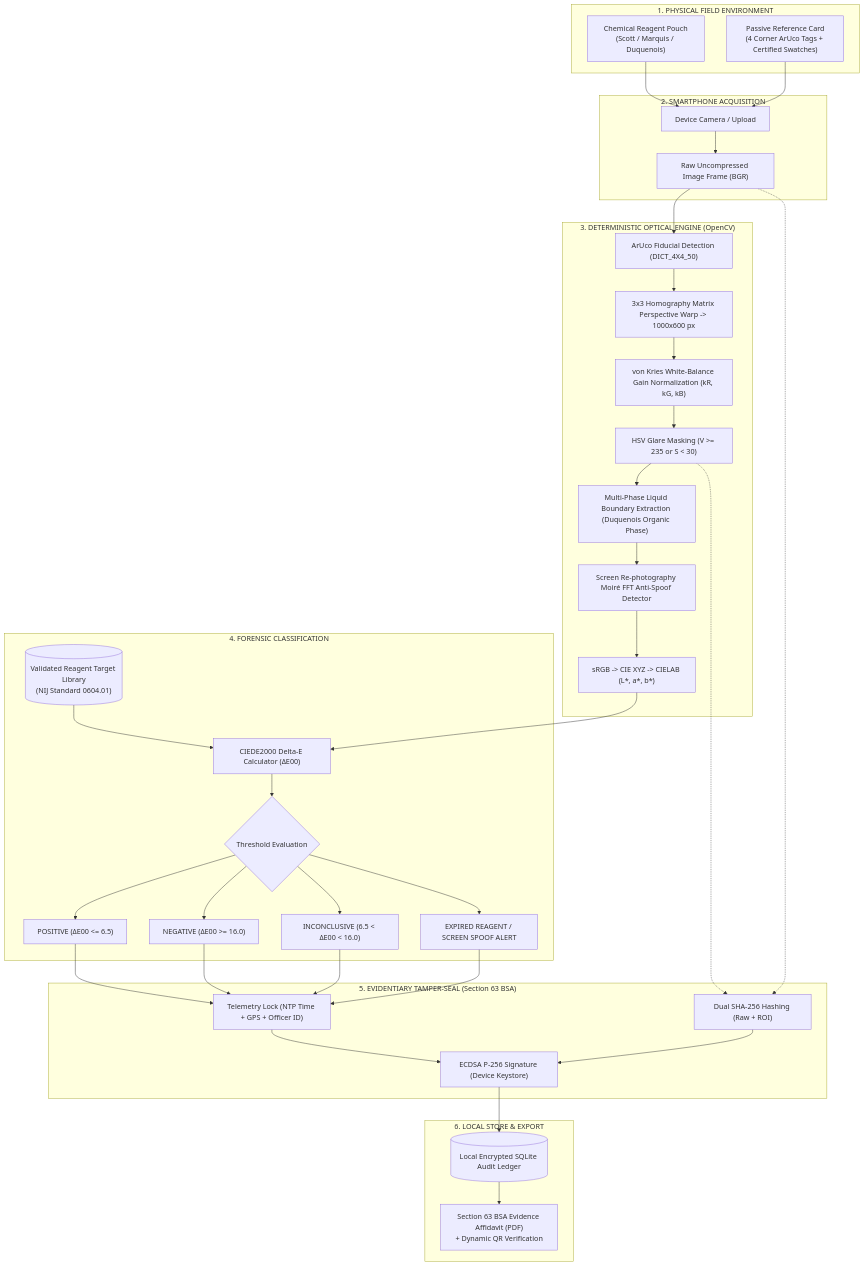
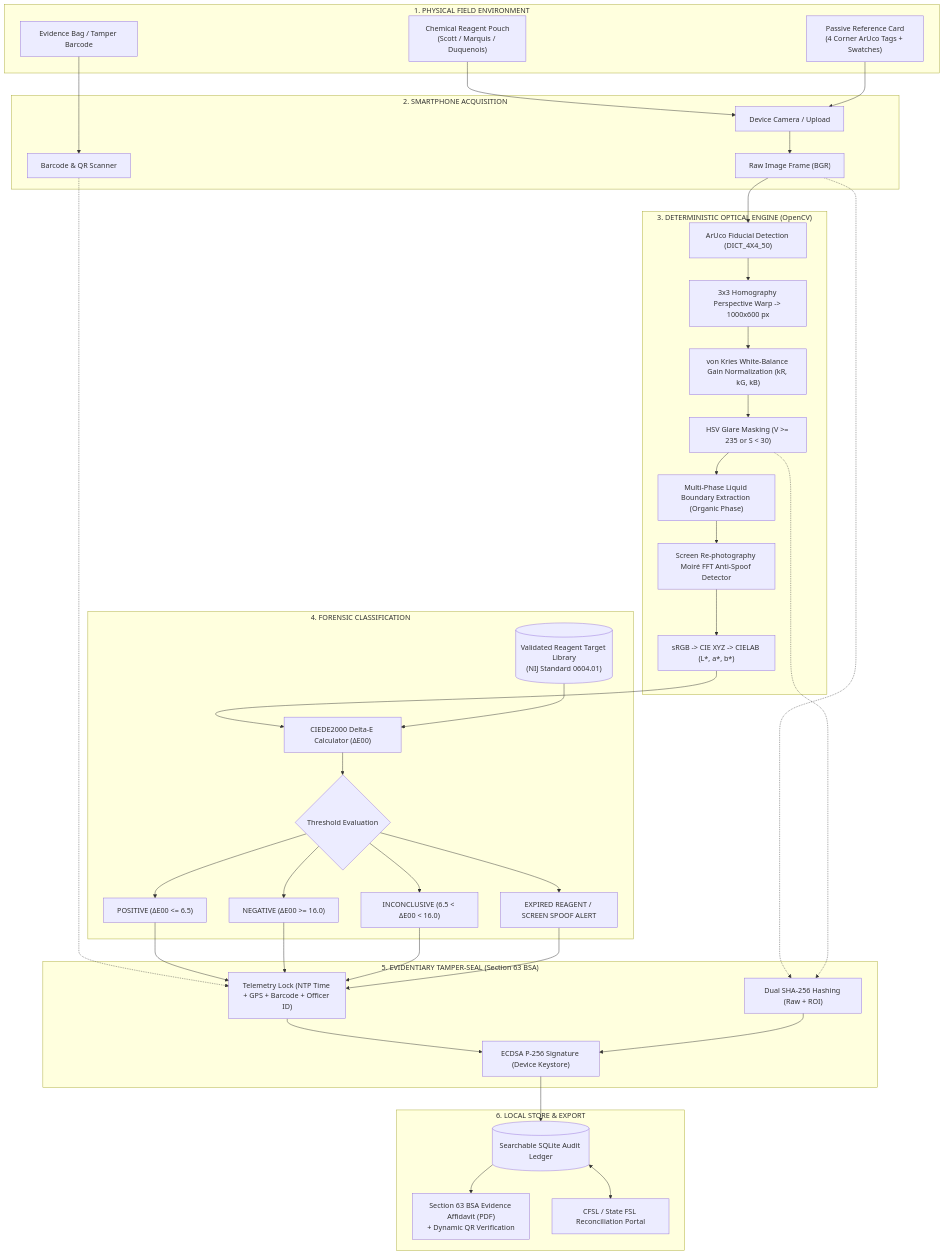
The first of 2 diagrams in README.md (ShreyaRHipparagi/FieldVerify-SIH), drawn with Mermaid before and after one commit. The commit also changed other lines of this file, not shown here.

Commit message:
docs: bring README.md 100% up to date with Satellite Zoom 16, Barcode/QR scanning, 6 tabs, and 44-test suite

````diff
--- a/README.md
+++ b/README.md
@@ -48,54 +51,60 @@
 ```mermaid
 flowchart TB
     subgraph Physical["1. PHYSICAL FIELD ENVIRONMENT"]
         P1["Chemical Reagent Pouch<br/>(Scott / Marquis / Duquenois)"]
-        P2["Passive Reference Card<br/>(4 Corner ArUco Tags + Certified Swatches)"]
+        P2["Passive Reference Card<br/>(4 Corner ArUco Tags + Swatches)"]
+        P3["Evidence Bag / Tamper Barcode"]
     end
 
     subgraph Acquisition["2. SMARTPHONE ACQUISITION"]
         C1["Device Camera / Upload"]
-        C2["Raw Uncompressed Image Frame (BGR)"]
+        C2["Raw Image Frame (BGR)"]
+        C3["Barcode & QR Scanner"]
     end
 
     subgraph OpticalEngine["3. DETERMINISTIC OPTICAL ENGINE (OpenCV)"]
         O1["ArUco Fiducial Detection (DICT_4X4_50)"]
-        O2["3x3 Homography Matrix Perspective Warp -> 1000x600 px"]
+        O2["3x3 Homography Perspective Warp -> 1000x600 px"]
         O3["von Kries White-Balance Gain Normalization (kR, kG, kB)"]
         O4["HSV Glare Masking (V >= 235 or S < 30)"]
-        O5["Multi-Phase Liquid Boundary Extraction (Duquenois Organic Phase)"]
+        O5["Multi-Phase Liquid Boundary Extraction (Organic Phase)"]
         O6["Screen Re-photography Moiré FFT Anti-Spoof Detector"]
         O7["sRGB -> CIE XYZ -> CIELAB (L*, a*, b*)"]
     end
 
     subgraph DecisionEngine["4. FORENSIC CLASSIFICATION"]
         D1[("Validated Reagent Target Library<br/>(NIJ Standard 0604.01)")]
         D2["CIEDE2000 Delta-E Calculator (ΔE00)"]
         D3{"Threshold Evaluation"}
         R1["POSITIVE (ΔE00 <= 6.5)"]
         R2["NEGATIVE (ΔE00 >= 16.0)"]
         R3["INCONCLUSIVE (6.5 < ΔE00 < 16.0)"]
         R4["EXPIRED REAGENT / SCREEN SPOOF ALERT"]
     end
 
     subgraph CryptoSeal["5. EVIDENTIARY TAMPER-SEAL (Section 63 BSA)"]
         S1["Dual SHA-256 Hashing (Raw + ROI)"]
-        S2["Telemetry Lock (NTP Time + GPS + Officer ID)"]
+        S2["Telemetry Lock (NTP Time + GPS + Barcode + Officer ID)"]
         S3["ECDSA P-256 Signature (Device Keystore)"]
     end
 
     subgraph StorageExport["6. LOCAL STORE & EXPORT"]
-        DB[(Local Encrypted SQLite Audit Ledger)]
+        DB[("Searchable SQLite Audit Ledger")]
         PDF["Section 63 BSA Evidence Affidavit (PDF)<br/>+ Dynamic QR Verification"]
+        FSL["CFSL / State FSL Reconciliation Portal"]
     end
 
     P1 & P2 --> C1 --> C2
+    P3 --> C3
     C2 --> O1 --> O2 --> O3 --> O4 --> O5 --> O6 --> O7
     O7 --> D2
     D1 --> D2 --> D3
     D3 --> R1 & R2 & R3 & R4
     C2 -.-> S1
     O4 -.-> S1
+    C3 -.-> S2
     R1 & R2 & R3 & R4 --> S2 --> S3
     S1 --> S3
     S3 --> DB --> PDF
+    DB <--> FSL
 ```
````
